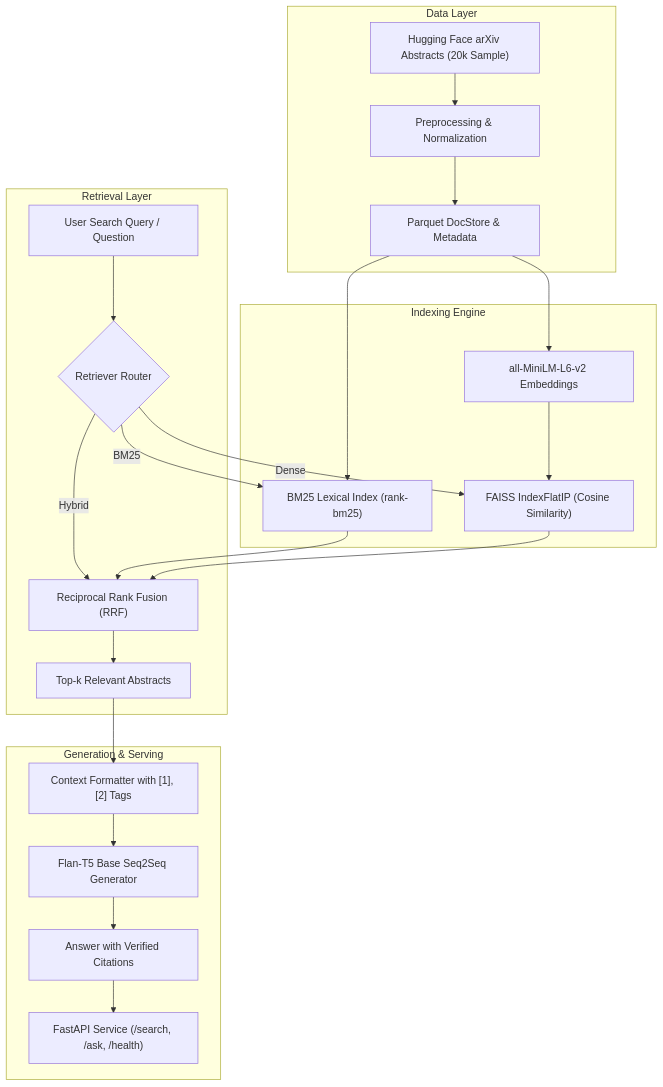
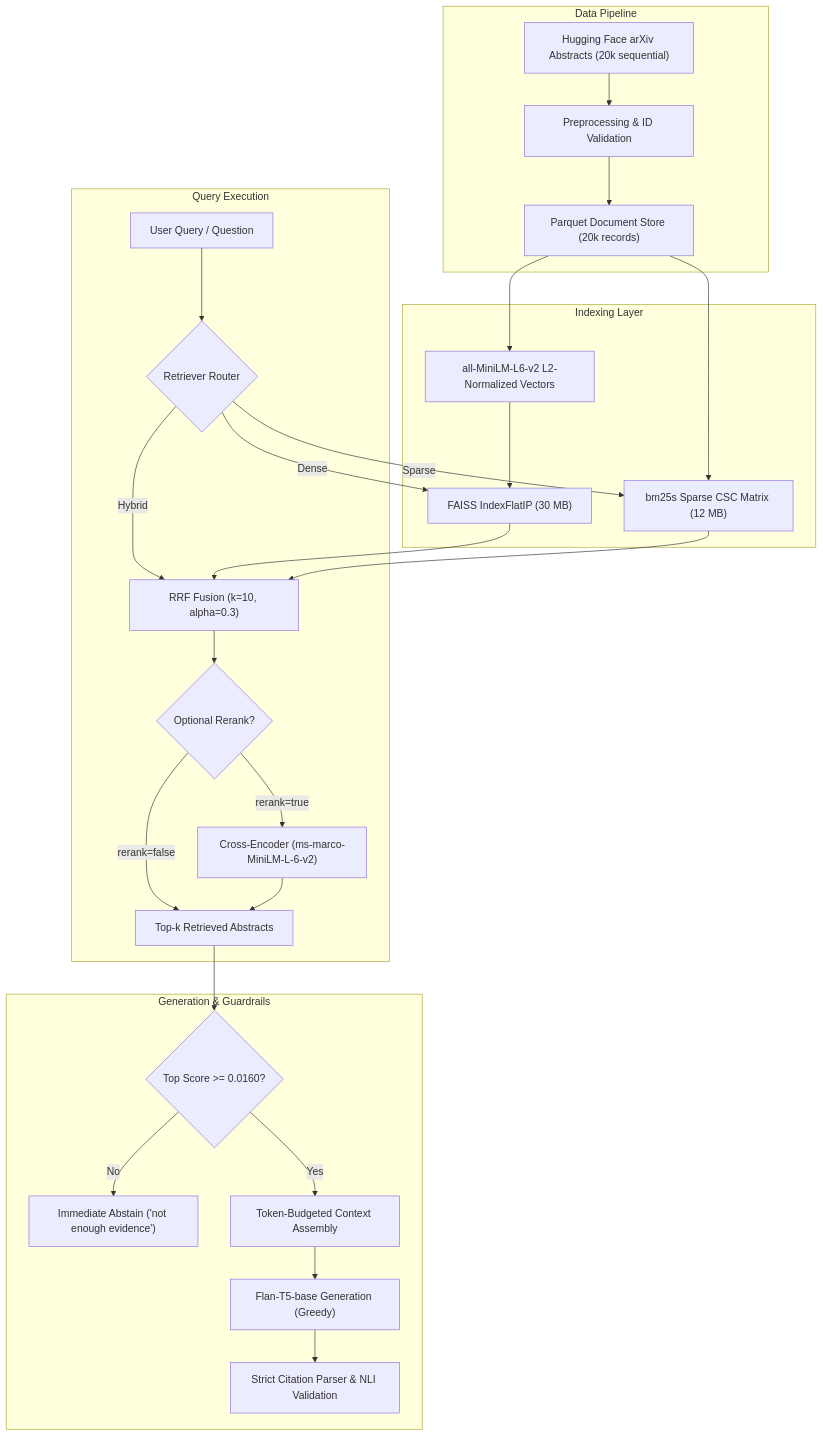
One commit to Srinivas3-sys/paper-rag changed the diagram in README.md. Above: the diagram before and after it, drawn with Mermaid. The commit also changed other lines of this file and 6 other files, not shown here.

````diff
--- a/README.md
+++ b/README.md
@@ -26,30 +72,34 @@
 ```mermaid
 flowchart TD
-    subgraph Data Layer
-        A["Hugging Face arXiv Abstracts (20k Sample)"] --> B["Preprocessing & Normalization"]
-        B --> C["Parquet DocStore & Metadata"]
+    subgraph Data Pipeline
+        A["Hugging Face arXiv Abstracts (20k sequential)"] --> B["Preprocessing & ID Validation"]
+        B --> C["Parquet Document Store (20k records)"]
     end
 
-    subgraph Indexing Engine
-        C --> D["BM25 Lexical Index (rank-bm25)"]
-        C --> E["all-MiniLM-L6-v2 Embeddings"]
-        E --> F["FAISS IndexFlatIP (Cosine Similarity)"]
+    subgraph Indexing Layer
+        C --> D["bm25s Sparse CSC Matrix (12 MB)"]
+        C --> E["all-MiniLM-L6-v2 L2-Normalized Vectors"]
+        E --> F["FAISS IndexFlatIP (30 MB)"]
     end
 
-    subgraph Retrieval Layer
-        Q["User Search Query / Question"] --> G{"Retriever Router"}
-        G -->|BM25| D
-        G -->|Dense| F
-        G -->|Hybrid| H["Reciprocal Rank Fusion (RRF)"]
-        D --> H
-        F --> H
-        H --> K["Top-k Relevant Abstracts"]
+    subgraph Query Execution
+        Q["User Query / Question"] --> R{"Retriever Router"}
+        R -->|Dense| F
+        R -->|Sparse| D
+        R -->|Hybrid| G["RRF Fusion (k=10, alpha=0.3)"]
+        F --> G
+        D --> G
+        G --> H{"Optional Rerank?"}
+        H -->|rerank=true| I["Cross-Encoder (ms-marco-MiniLM-L-6-v2)"]
+        H -->|rerank=false| J["Top-k Retrieved Abstracts"]
+        I --> J
     end
 
-    subgraph Generation & Serving
-        K --> L["Context Formatter with [1], [2] Tags"]
-        L --> M["Flan-T5 Base Seq2Seq Generator"]
-        M --> N["Answer with Verified Citations"]
-        N --> O["FastAPI Service (/search, /ask, /health)"]
+    subgraph Generation & Guardrails
+        J --> K{"Top Score >= 0.0160?"}
+        K -->|No| L["Immediate Abstain ('not enough evidence')"]
+        K -->|Yes| M["Token-Budgeted Context Assembly"]
+        M --> N["Flan-T5-base Generation (Greedy)"]
+        N --> O["Strict Citation Parser & NLI Validation"]
     end
 ```
````
